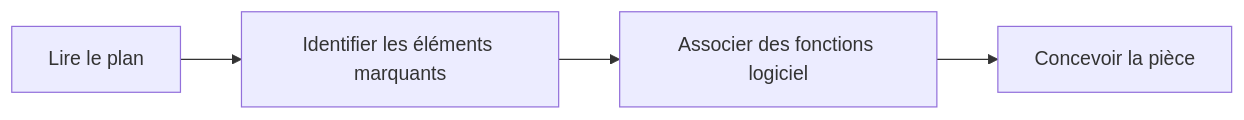
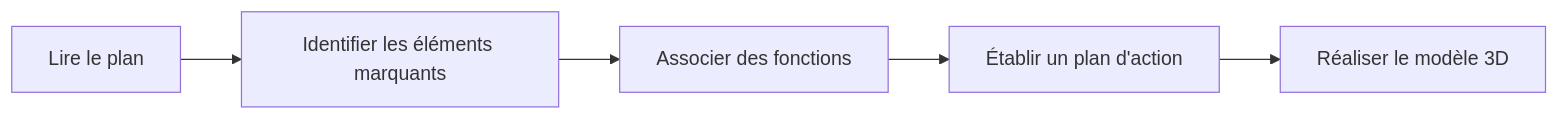
The diagram in _docs/tutorials/tools/drawings.md (Makerspace-Amiens/doc.makerspace-amiens.fr), drawn with Mermaid before and after one commit. The commit also changed other lines of this file and 13 other files, not shown here.

````diff
--- a/_docs/tutorials/tools/drawings.md
+++ b/_docs/tutorials/tools/drawings.md
@@ -150,6 +174,7 @@
 ```mermaid
 flowchart LR
   A["Lire le plan"] --> B["Identifier les éléments marquants"]
-  B --> C["Associer des fonctions logiciel"]
-  C --> D["Concevoir la pièce"]
+  B --> C["Associer des fonctions"]
+  C --> D["Établir un plan d'action"]
+  D --> E["Réaliser le modèle 3D"]
 ```
````
